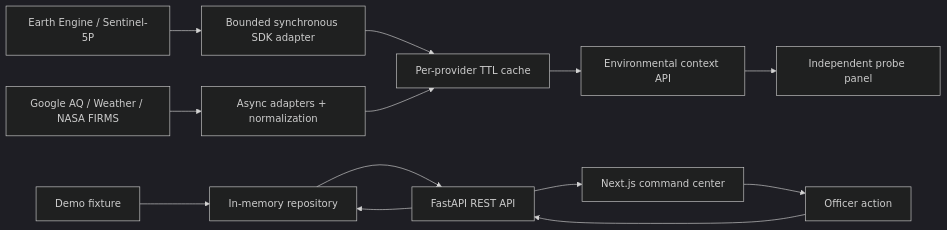
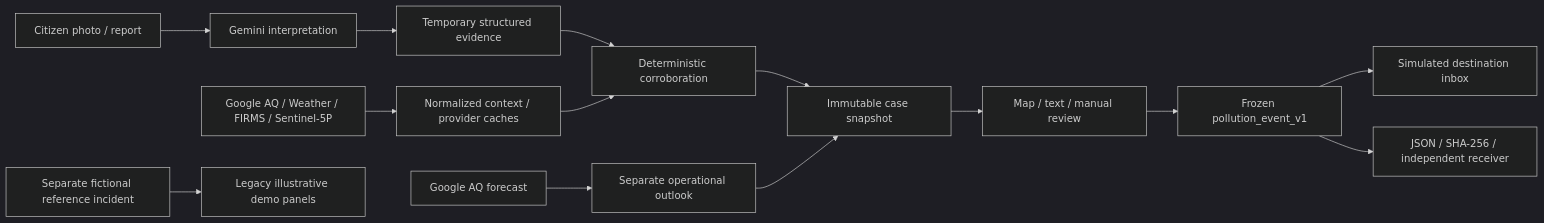
One commit to aadiandrj-prog/airshedos changed the first of 5 diagrams in docs/ARCHITECTURE.md. Above: the diagram before and after it, drawn with Mermaid (dark theme). The commit also changed other lines of this file and 1 other file, not shown here.

Commit message:
docs: record finalization review and PR verification

````diff
--- a/docs/ARCHITECTURE.md
+++ b/docs/ARCHITECTURE.md
@@ -5,15 +5,16 @@
 ```mermaid
 flowchart LR
-  Satellite[Earth Engine / Sentinel-5P] --> Bounded[Bounded synchronous SDK adapter]
-  Bounded --> Cache
-  Providers[Google AQ / Weather / NASA FIRMS] --> Normalize[Async adapters + normalization]
-  Normalize --> Cache[Per-provider TTL cache]
-  Cache --> Context[Environmental context API]
-  Context --> Probe[Independent probe panel]
-  Fixture[Demo fixture] --> Repository[In-memory repository]
-  Repository --> API[FastAPI REST API]
-  API --> Web[Next.js command center]
-  Web --> Action[Officer action]
-  Action --> API
-  API --> Repository
+  Citizen[Citizen photo / report] --> Gemini[Gemini interpretation]
+  Gemini --> Report[Temporary structured evidence]
+  Sources[Google AQ / Weather / FIRMS / Sentinel-5P] --> Context[Normalized context / provider caches]
+  Report --> Rules[Deterministic corroboration]
+  Context --> Rules
+  Rules --> Case[Immutable case snapshot]
+  Forecast[Google AQ forecast] --> Outlook[Separate operational outlook]
+  Outlook --> Case
+  Case --> Web[Map / text / manual review]
+  Web --> Packet[Frozen pollution_event_v1]
+  Packet --> Inbox[Simulated destination inbox]
+  Packet --> Export[JSON / SHA-256 / independent receiver]
+  Fixture[Separate fictional reference incident] --> Demo[Legacy illustrative demo panels]
 ```
````
